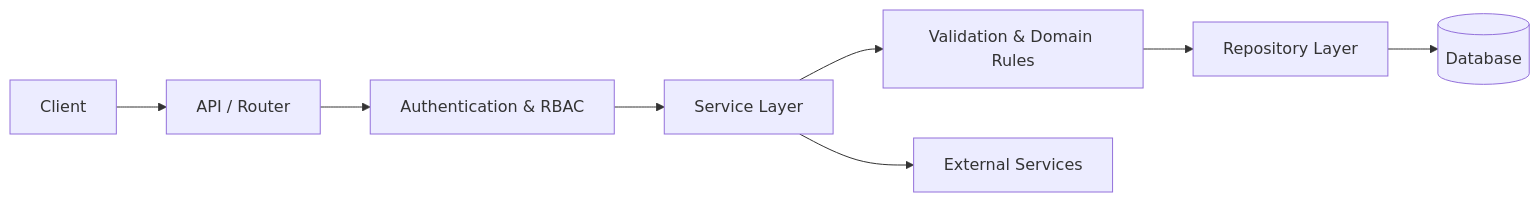
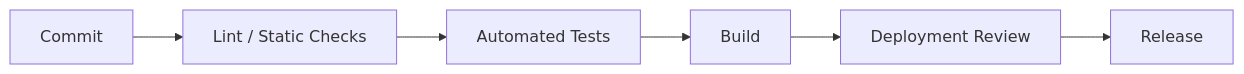
One commit to Aravindan-001/Aravindan-001 changed the diagram in README.md. Above: the diagram before and after it, drawn with Mermaid. The commit also changed other lines of this file, not shown here.

````diff
--- a/README.md
+++ b/README.md
@@ -214,10 +169,8 @@
 ```mermaid
 flowchart LR
-    A["Client"] --> B["API / Router"]
-    B --> C["Authentication & RBAC"]
-    C --> D["Service Layer"]
-    D --> E["Validation & Domain Rules"]
-    E --> F["Repository Layer"]
-    F --> G[("Database")]
-    D --> H["External Services"]
+    A["Commit"] --> B["Lint / Static Checks"]
+    B --> C["Automated Tests"]
+    C --> D["Build"]
+    D --> E["Deployment Review"]
+    E --> F["Release"]
 ```
````
